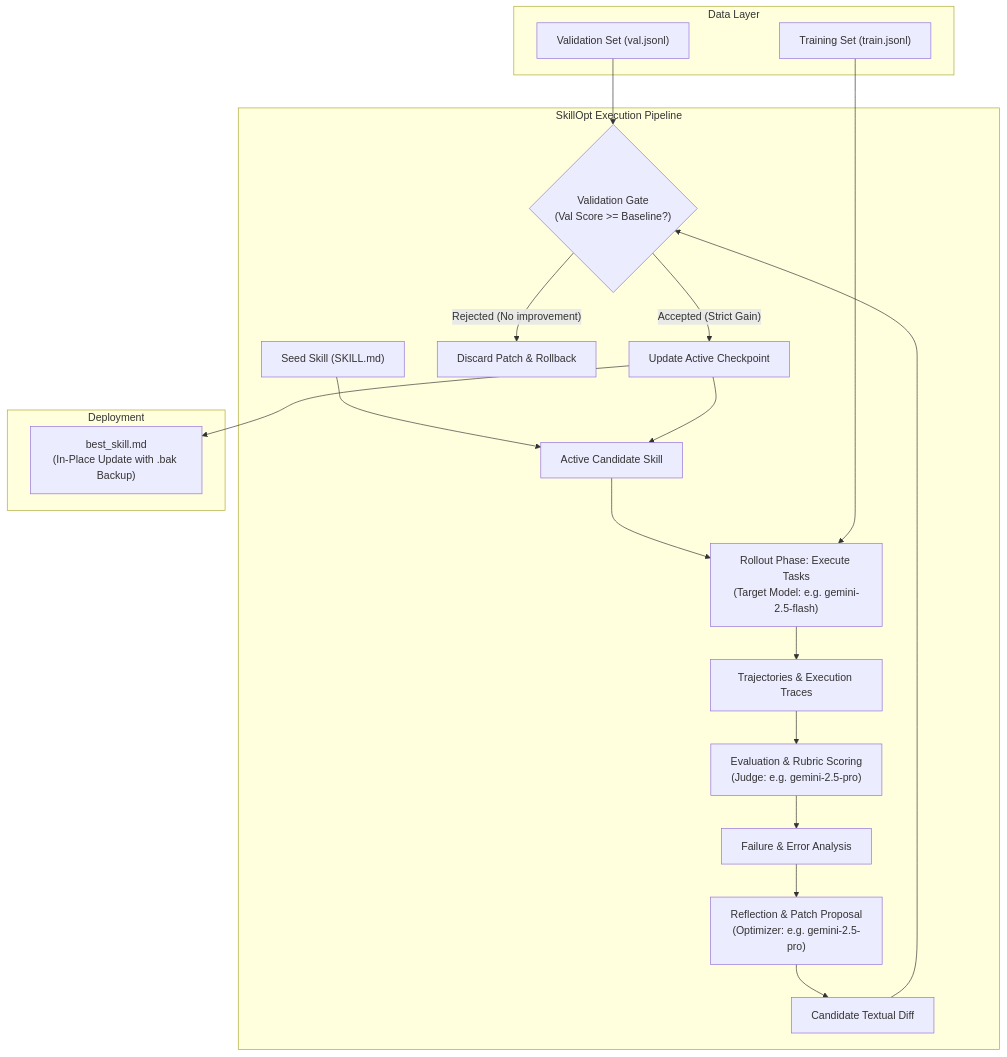
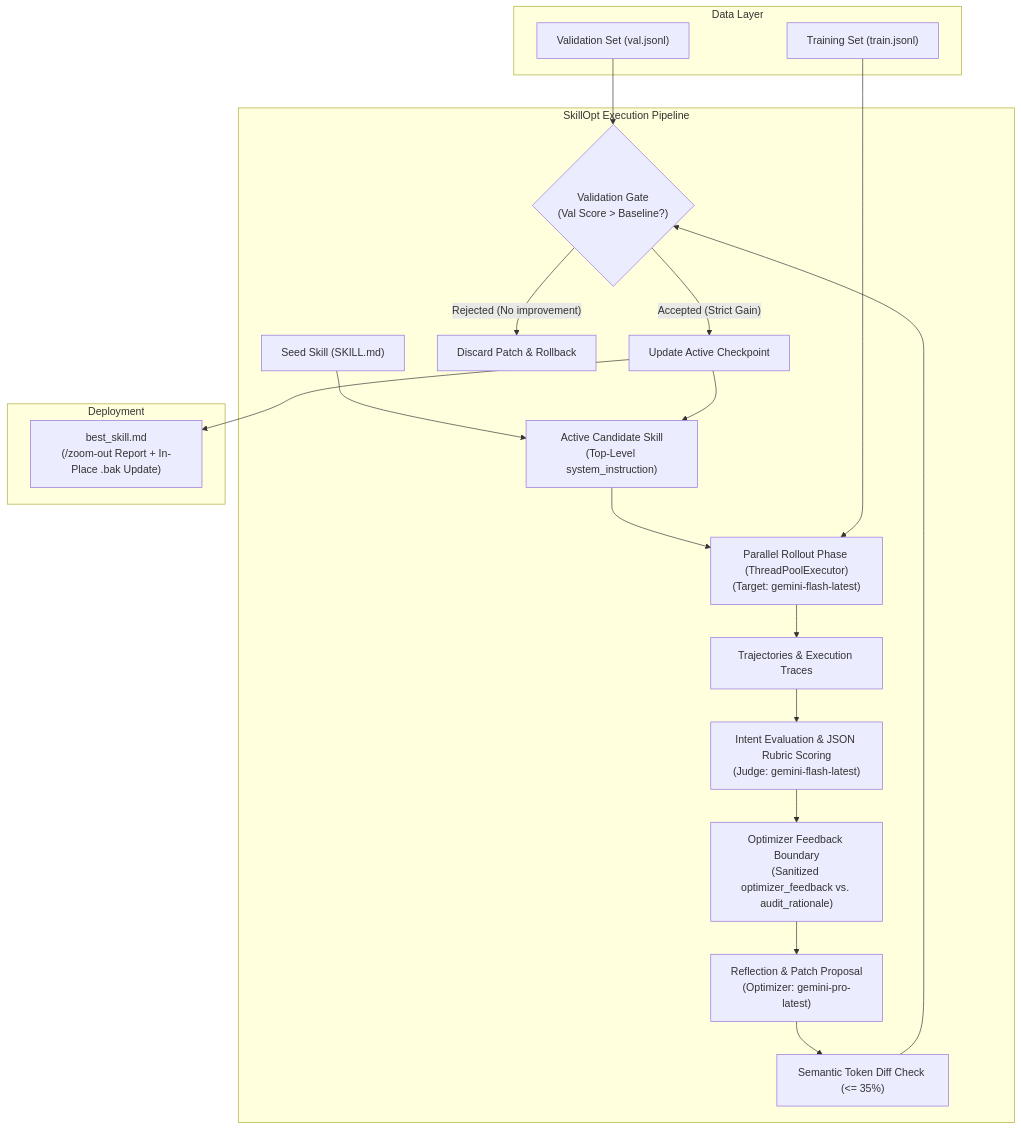
The first of 2 diagrams in skill-opt/README.md (drinkspiller/skills), drawn with Mermaid before and after one commit. The commit also changed other lines of this file and 3 other files, not shown here.

Commit message:
feat(skill-opt): align Gemini API patterns, add optimizer feedback boundary, and adopt zoom-out reporting

````diff
--- a/skill-opt/README.md
+++ b/skill-opt/README.md
@@ -48,27 +49,27 @@
 ```mermaid
 flowchart TB
     subgraph DataLayer["Data Layer"]
         val["Validation Set (val.jsonl)"]
         train["Training Set (train.jsonl)"]
     end
 
     subgraph Pipeline["SkillOpt Execution Pipeline"]
-        seed["Seed Skill (SKILL.md)"] --> active["Active Candidate Skill"]
-        active --> rollout["Rollout Phase: Execute Tasks\n(Target Model: e.g. gemini-2.5-flash)"]
+        seed["Seed Skill (SKILL.md)"] --> active["Active Candidate Skill\n(Top-Level system_instruction)"]
+        active --> rollout["Parallel Rollout Phase (ThreadPoolExecutor)\n(Target: gemini-flash-latest)"]
         train --> rollout
         rollout --> traces["Trajectories & Execution Traces"]
-        traces --> judge["Evaluation & Rubric Scoring\n(Judge: e.g. gemini-2.5-pro)"]
-        judge --> analysis["Failure & Error Analysis"]
-        analysis --> reflect["Reflection & Patch Proposal\n(Optimizer: e.g. gemini-2.5-pro)"]
-        reflect --> diff["Candidate Textual Diff"]
-        diff --> gate{"Validation Gate\n(Val Score >= Baseline?)"}
+        traces --> judge["Intent Evaluation & JSON Rubric Scoring\n(Judge: gemini-flash-latest)"]
+        judge --> boundary["Optimizer Feedback Boundary\n(Sanitized optimizer_feedback vs. audit_rationale)"]
+        boundary --> reflect["Reflection & Patch Proposal\n(Optimizer: gemini-pro-latest)"]
+        reflect --> diff["Semantic Token Diff Check (<= 35%)"]
+        diff --> gate{"Validation Gate\n(Val Score > Baseline?)"}
         val --> gate
         gate -- "Rejected (No improvement)" --> rollback["Discard Patch & Rollback"]
         gate -- "Accepted (Strict Gain)" --> checkpoint["Update Active Checkpoint"]
         checkpoint --> active
     end
 
     subgraph Deployment["Deployment"]
-        checkpoint --> best["best_skill.md\n(In-Place Update with .bak Backup)"]
+        checkpoint --> best["best_skill.md\n(/zoom-out Report + In-Place .bak Update)"]
     end
 ```
````
